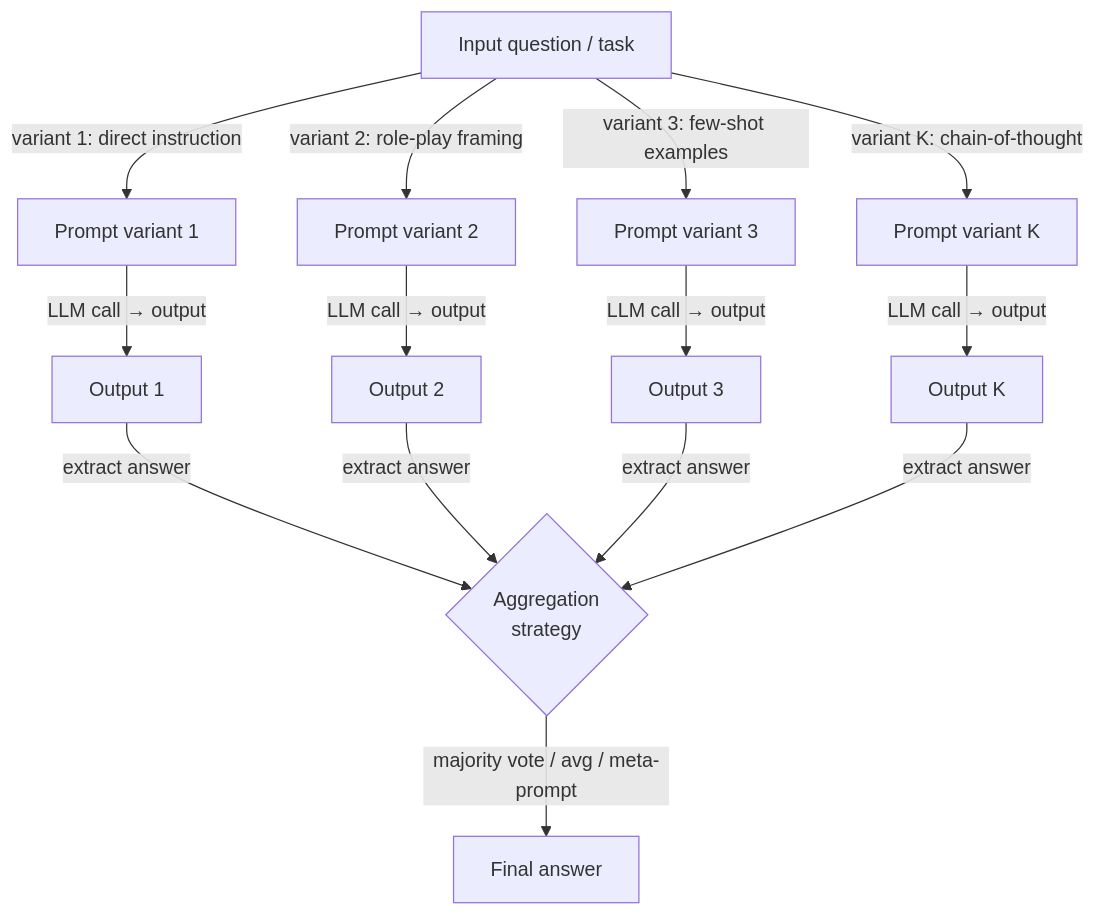
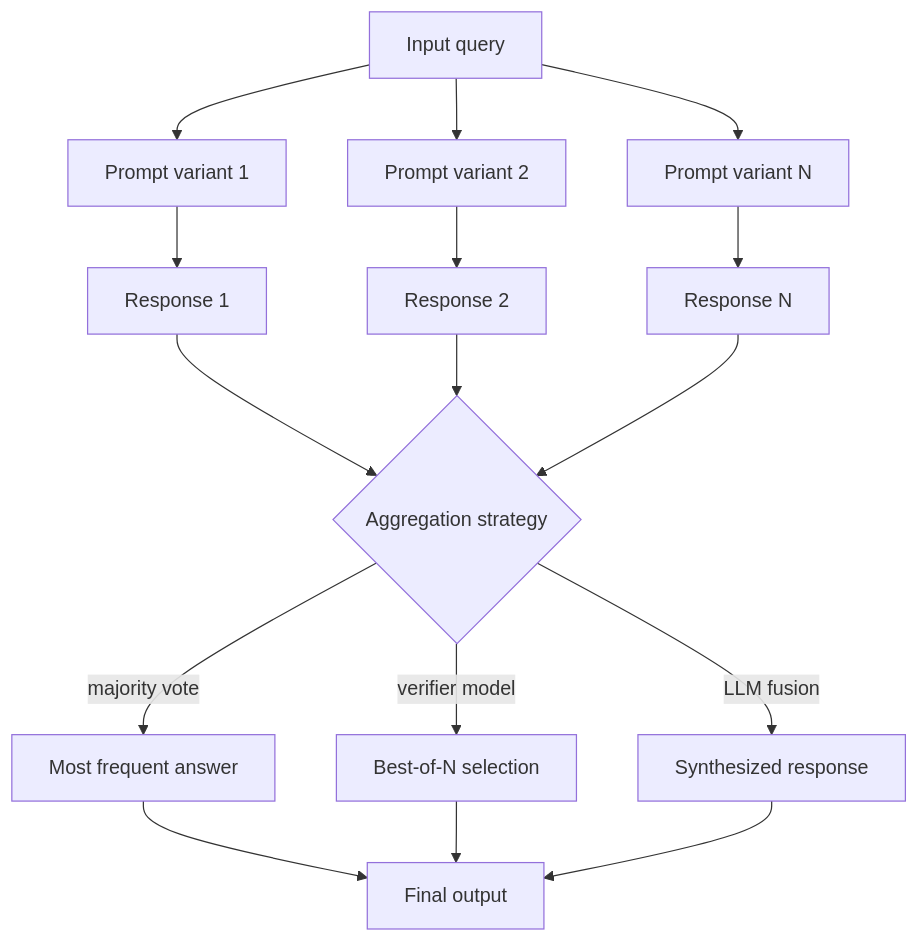
The diagram in i18n/fr/docusaurus-plugin-content-docs/current/prompt-engineering/prompt-ensembling.md (EmersonBraun/ai-summary-hub), drawn with Mermaid before and after one commit. The commit also changed other lines of this file and 242 other files, not shown here.

````diff
--- a/i18n/fr/docusaurus-plugin-content-docs/current/prompt-engineering/prompt-ensembling.md
+++ b/i18n/fr/docusaurus-plugin-content-docs/current/prompt-engineering/prompt-ensembling.md
@@ -19,16 +21,18 @@
 ```mermaid
 flowchart TD
-  Input[Input question / task] -->|"variant 1: direct instruction"| P1[Prompt variant 1]
-  Input -->|"variant 2: role-play framing"| P2[Prompt variant 2]
-  Input -->|"variant 3: few-shot examples"| P3[Prompt variant 3]
-  Input -->|"variant K: chain-of-thought"| PK[Prompt variant K]
-  P1 -->|"LLM call → output"| O1[Output 1]
-  P2 -->|"LLM call → output"| O2[Output 2]
-  P3 -->|"LLM call → output"| O3[Output 3]
-  PK -->|"LLM call → output"| OK[Output K]
-  O1 -->|"extract answer"| Agg{Aggregation\nstrategy}
-  O2 -->|"extract answer"| Agg
-  O3 -->|"extract answer"| Agg
-  OK -->|"extract answer"| Agg
-  Agg -->|"majority vote / avg / meta-prompt"| Final[Final answer]
+  INPUT[Input query] --> P1[Prompt variant 1]
+  INPUT --> P2[Prompt variant 2]
+  INPUT --> PN[Prompt variant N]
+  P1 --> R1[Response 1]
+  P2 --> R2[Response 2]
+  PN --> RN[Response N]
+  R1 --> AGG{Aggregation strategy}
+  R2 --> AGG
+  RN --> AGG
+  AGG -->|majority vote| MV[Most frequent answer]
+  AGG -->|verifier model| VM[Best-of-N selection]
+  AGG -->|LLM fusion| FU[Synthesized response]
+  MV --> OUT[Final output]
+  VM --> OUT
+  FU --> OUT
 ```
````
